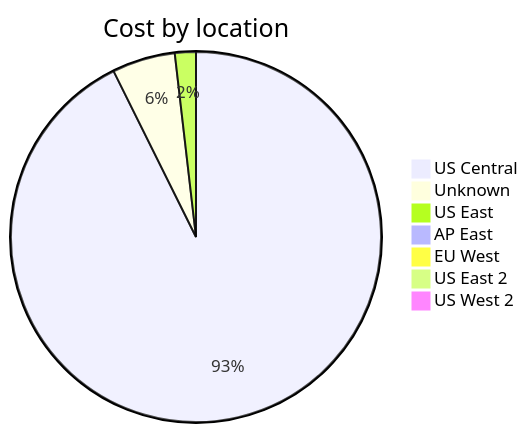
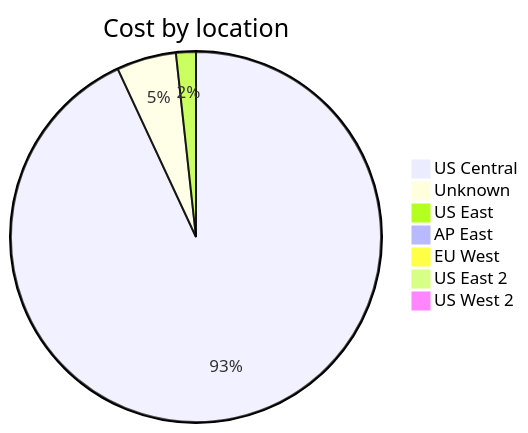
The third of 4 diagrams in cost-reports/accumulated-cost.md (jpfulton/azure-personal-reports), drawn with Mermaid before and after one commit. The commit also changed other lines of this file and 4 other files, not shown here.

````diff
--- a/cost-reports/accumulated-cost.md
+++ b/cost-reports/accumulated-cost.md
@@ -121,11 +123,11 @@
 ```mermaid
 pie
    title Cost by location
-   "US Central" : 1.01
-   "Unknown" : 0.06
-   "US East" : 0.02
+   "US Central" : 1.61
+   "Unknown" : 0.09
+   "US East" : 0.03
    "AP East" : 0.00
    "EU West" : 0.00
    "US East 2" : 0.00
    "US West 2" : 0.00
 ```
````
